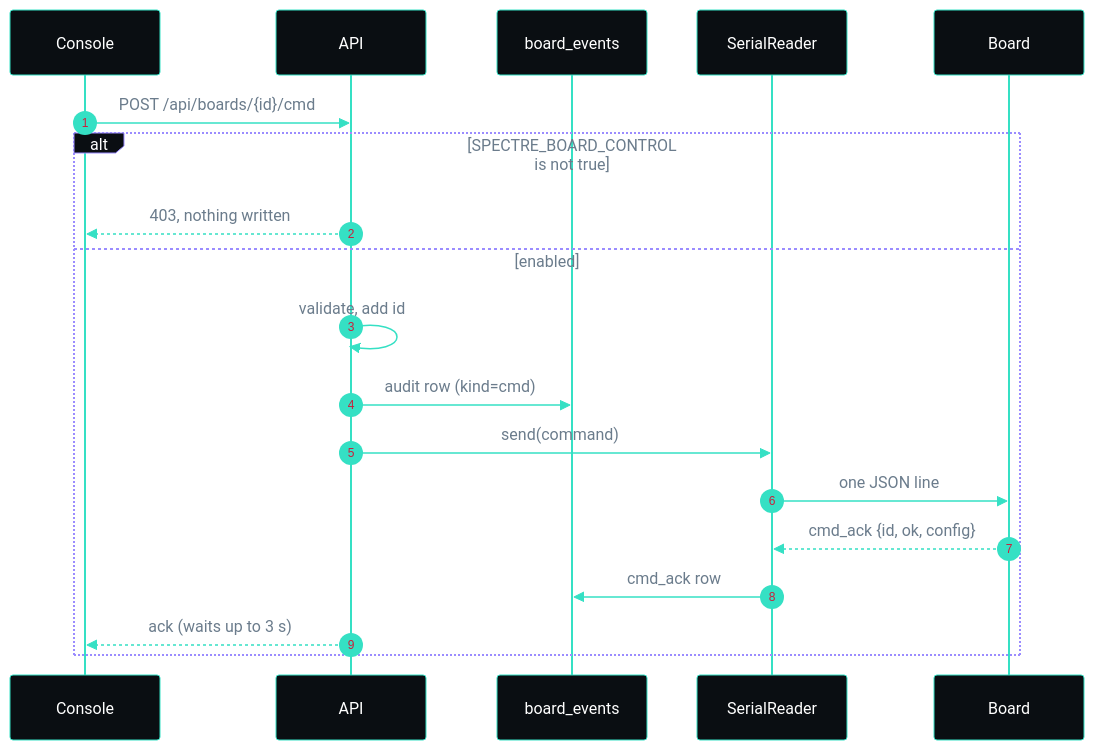
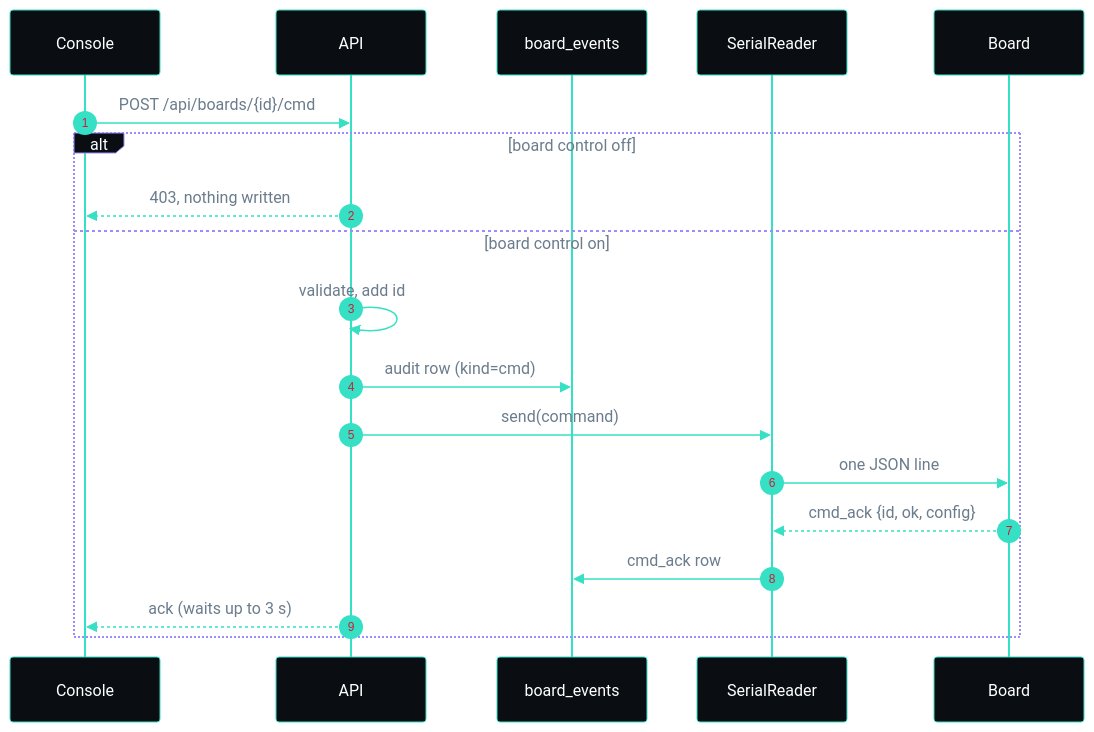
One commit to gurvinny/spectre changed the third of 3 diagrams in docs/architecture.md. Above: the diagram before and after it, drawn with Mermaid. The commit also changed 2 other files, not shown here.

Commit message:
docs: stack the flashing flow, shorten sequence labels

````diff
--- a/docs/architecture.md
+++ b/docs/architecture.md
@@ -180,47 +180,47 @@
 ```mermaid
 %%{init: {
   'theme': 'base',
   'themeVariables': {
     'primaryColor': '#0a0e12',
     'primaryTextColor': '#fff',
     'primaryBorderColor': '#35E0C4',
     'lineColor': '#35E0C4',
     'secondaryColor': '#0a0e12',
     'tertiaryColor': '#0a0e12',
     'actorBkg': '#0a0e12',
     'actorBorder': '#35E0C4',
     'actorTextColor': '#fff',
     'signalColor': '#35E0C4',
     'signalTextColor': '#6B7C8C',
     'noteBkgColor': '#0a0e12',
     'noteBorderColor': '#9B8CFF',
     'noteTextColor': '#C9D6DF',
     'labelBoxBkgColor': '#0a0e12',
     'labelBoxBorderColor': '#9B8CFF',
     'labelTextColor': '#fff',
     'loopTextColor': '#6B7C8C',
     'activationBkgColor': '#11171d',
     'activationBorderColor': '#35E0C4',
     'fontFamily': 'monospace'
   }
 }}%%
 sequenceDiagram
     autonumber
     participant U as Console
     participant A as API
     participant S as board_events
     participant R as SerialReader
     participant B as Board
     U->>A: POST /api/boards/{id}/cmd
-    alt SPECTRE_BOARD_CONTROL is not true
+    alt board control off
         A-->>U: 403, nothing written
-    else enabled
+    else board control on
         A->>A: validate, add id
         A->>S: audit row (kind=cmd)
         A->>R: send(command)
         R->>B: one JSON line
         B-->>R: cmd_ack {id, ok, config}
         R->>S: cmd_ack row
         A-->>U: ack (waits up to 3 s)
     end
 ```
````
